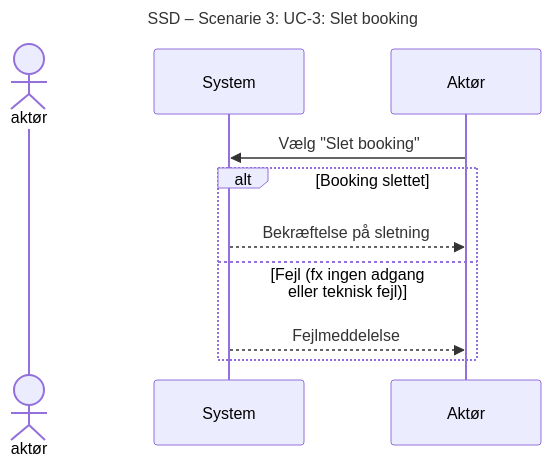
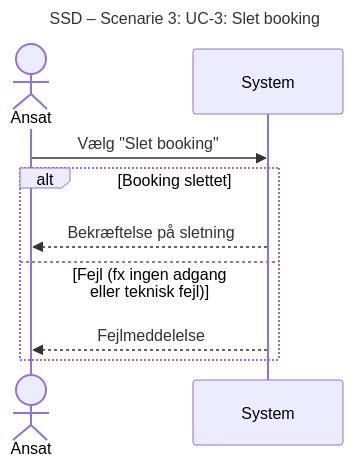
One commit to DMOoF25/TheMovie changed the diagram in docs/Scenarie 3 UC3/SSD S3 UC3.mmd. Above: the diagram before and after it, drawn with Mermaid.

Commit message:
Update SSD S3 UC3.mmd

```diff
--- a/docs/Scenarie 3 UC3/SSD S3 UC3.mmd
+++ b/docs/Scenarie 3 UC3/SSD S3 UC3.mmd
@@ -1,12 +1,12 @@
 sequenceDiagram
 title SSD – Scenarie 3: UC-3: Slet booking
 
-  actor aktør
+    actor Ansat
     participant System
 
-    Aktør->>System: Vælg "Slet booking"
+    Ansat->>System: Vælg "Slet booking"
     alt Booking slettet
-        System-->>Aktør: Bekræftelse på sletning
+        System-->>Ansat: Bekræftelse på sletning
     else Fejl (fx ingen adgang eller teknisk fejl)
-        System-->>Aktør: Fejlmeddelelse
+        System-->>Ansat: Fejlmeddelelse
     end
```
